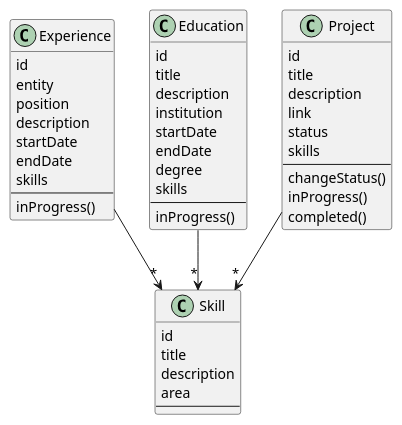
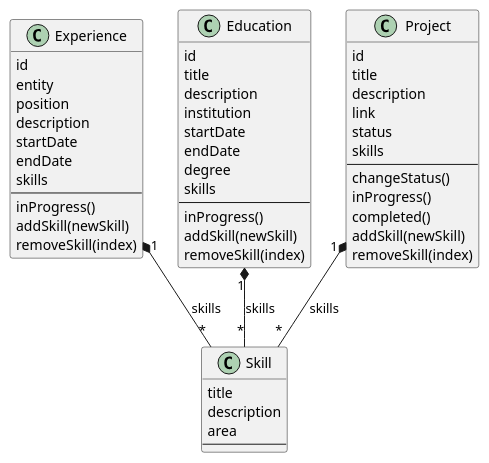
The diagram in backend/documentation/classDiagram.puml (santiparis/curriculum-vitae), drawn with PlantUML before and after one commit. The commit also changed 4 other files, not shown here.

```diff
--- a/backend/documentation/classDiagram.puml
+++ b/backend/documentation/classDiagram.puml
@@ -1,51 +1,56 @@
 @startuml
 class Experience {
     id
     entity
     position
     description
     startDate
     endDate
     skills
     ---
     inProgress()
+    addSkill(newSkill)
+    removeSkill(index)
 }
 
 class Education {
     id
     title
     description
     institution
     startDate
     endDate
     degree
     skills
     ---
     inProgress()
+    addSkill(newSkill)
+    removeSkill(index)
 }
 
 class Project {
     id
     title
     description
     link
     status
     skills
     ---
     changeStatus()
     inProgress()
     completed()
+    addSkill(newSkill)
+    removeSkill(index)
 }
 
 class Skill {
-    id
     title
     description
     area
     ---
 }
 
-Experience --> "*" Skill
-Education --> "*" Skill
-Project --> "*" Skill
+Experience "1" *-- "*" Skill : skills
+Education "1" *-- "*" Skill : skills
+Project "1" *-- "*" Skill : skills
 @enduml
```
